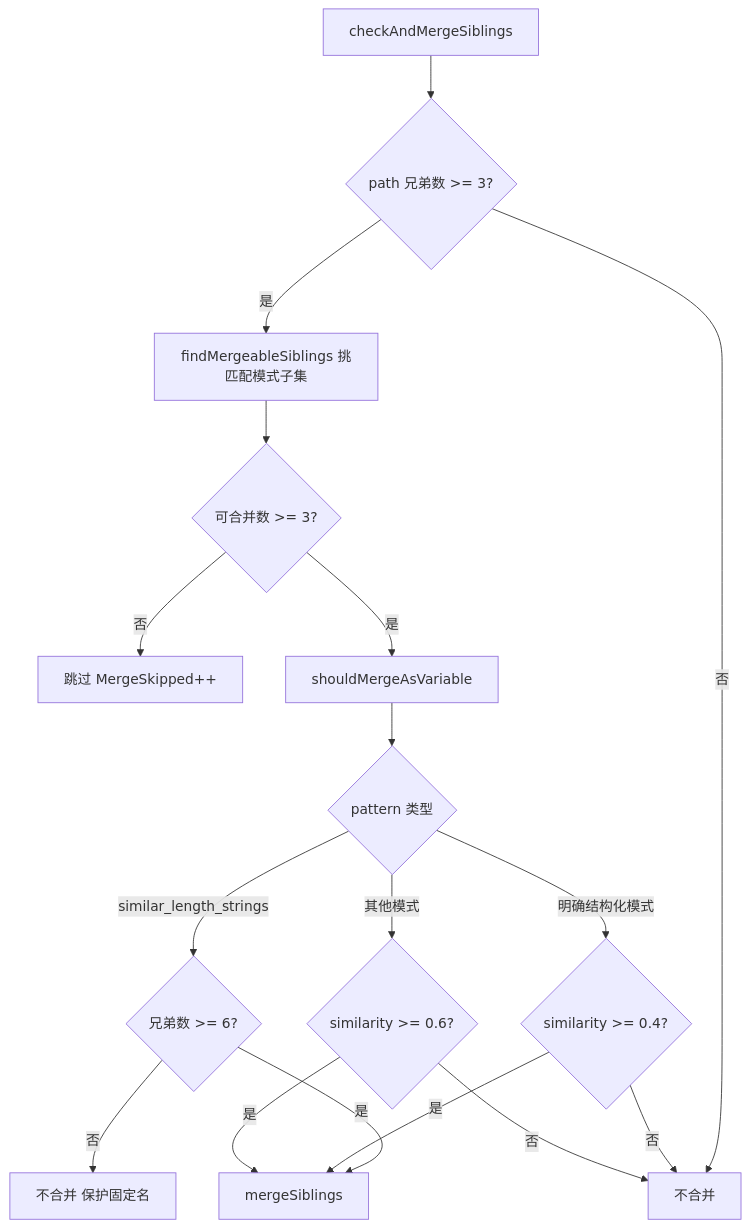
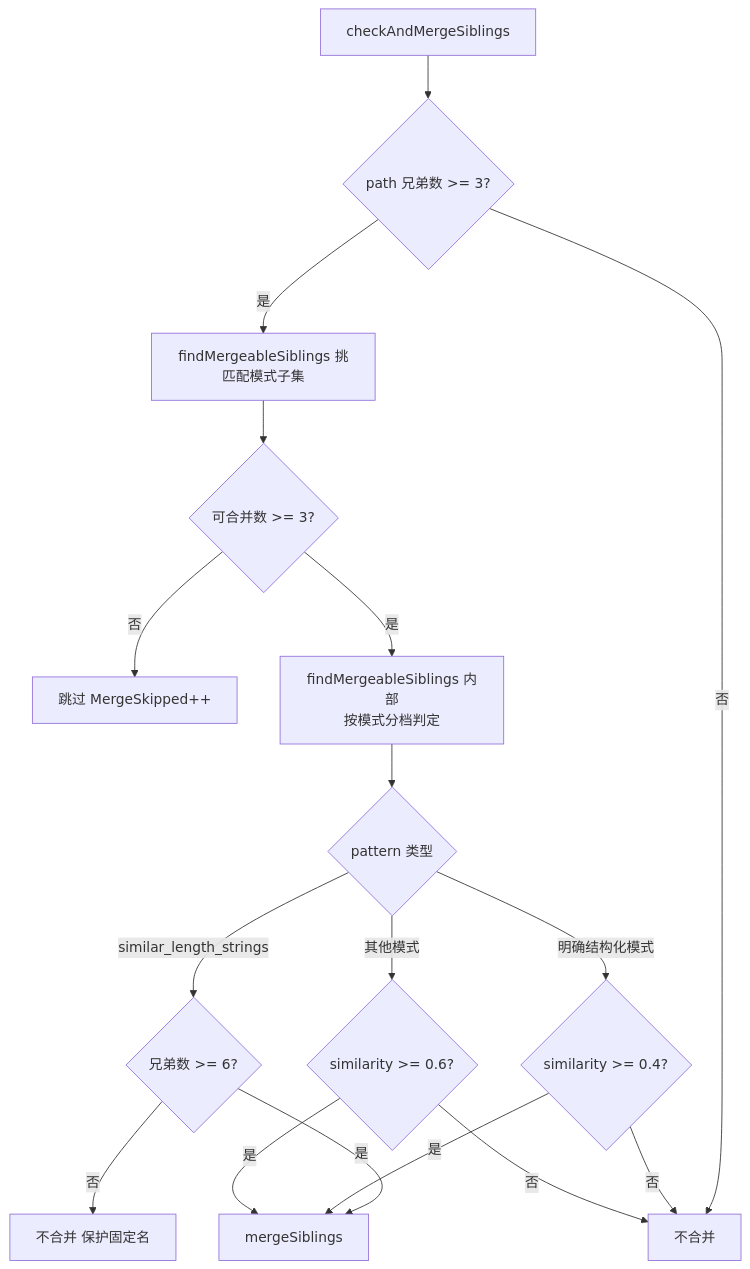
The first of 2 diagrams in website/docs/features/selective-merge.md (cyberspacesec/reverse-router-tree-skills), drawn with Mermaid before and after one commit. The commit also changed other lines of this file and 18 other files, not shown here.

````diff
--- a/website/docs/features/selective-merge.md
+++ b/website/docs/features/selective-merge.md
@@ -59,19 +59,19 @@
 ```mermaid
 flowchart TD
     S[checkAndMergeSiblings] --> A{path 兄弟数 >= 3?}
     A -- 否 --> END1[不合并]
     A -- 是 --> B[findMergeableSiblings 挑匹配模式子集]
     B --> C{可合并数 >= 3?}
     C -- 否 --> END2[跳过 MergeSkipped++]
-    C -- 是 --> D[shouldMergeAsVariable]
+    C -- 是 --> D["findMergeableSiblings 内部<br/>按模式分档判定"]
     D --> E{pattern 类型}
     E -->|similar_length_strings| F{兄弟数 >= 6?}
     F -- 是 --> MERGE[mergeSiblings]
     F -- 否 --> END3[不合并 保护固定名]
     E -->|明确结构化模式| G{similarity >= 0.4?}
     G -- 是 --> MERGE
     G -- 否 --> END1
     E -->|其他模式| H{similarity >= 0.6?}
     H -- 是 --> MERGE
     H -- 否 --> END1
 ```
````
